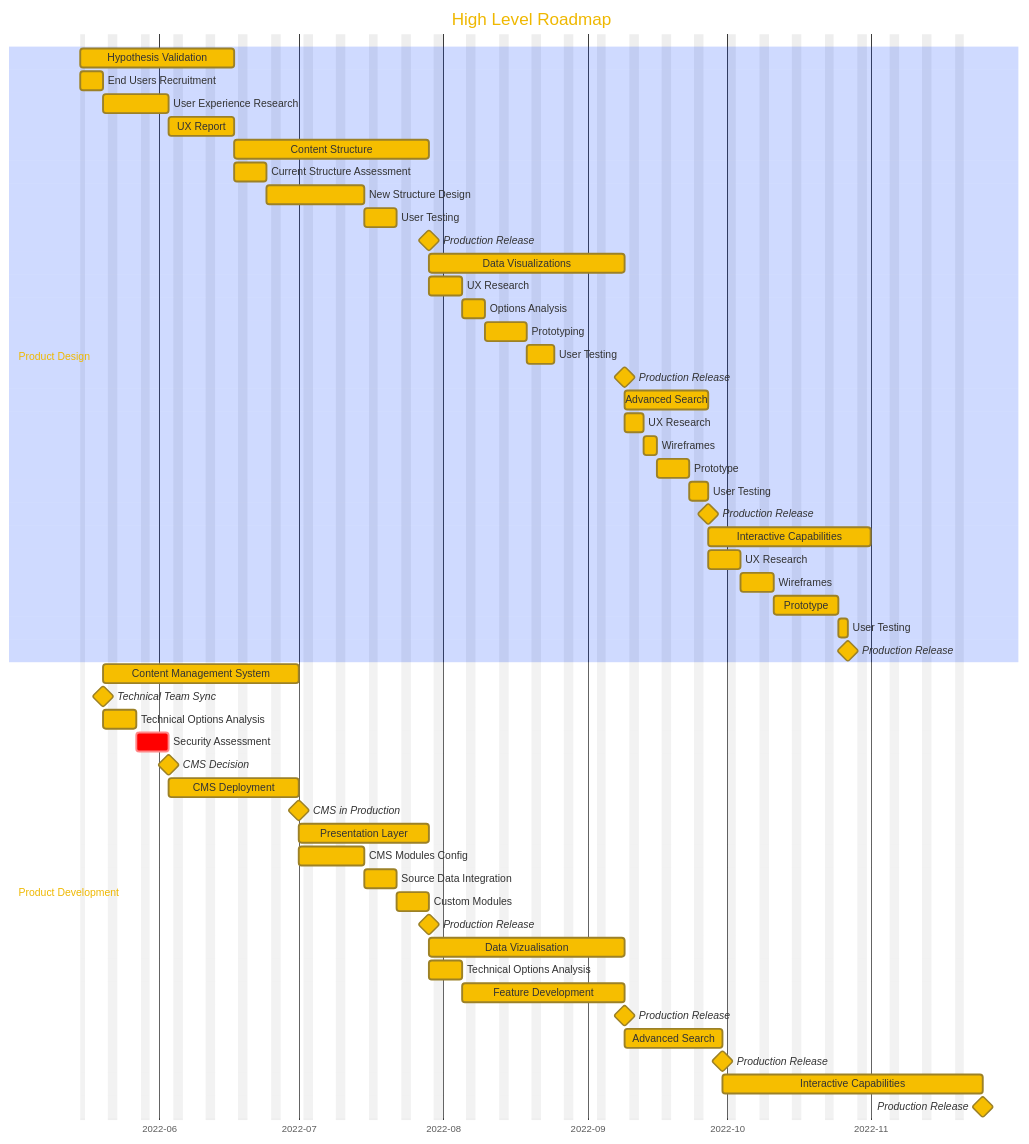
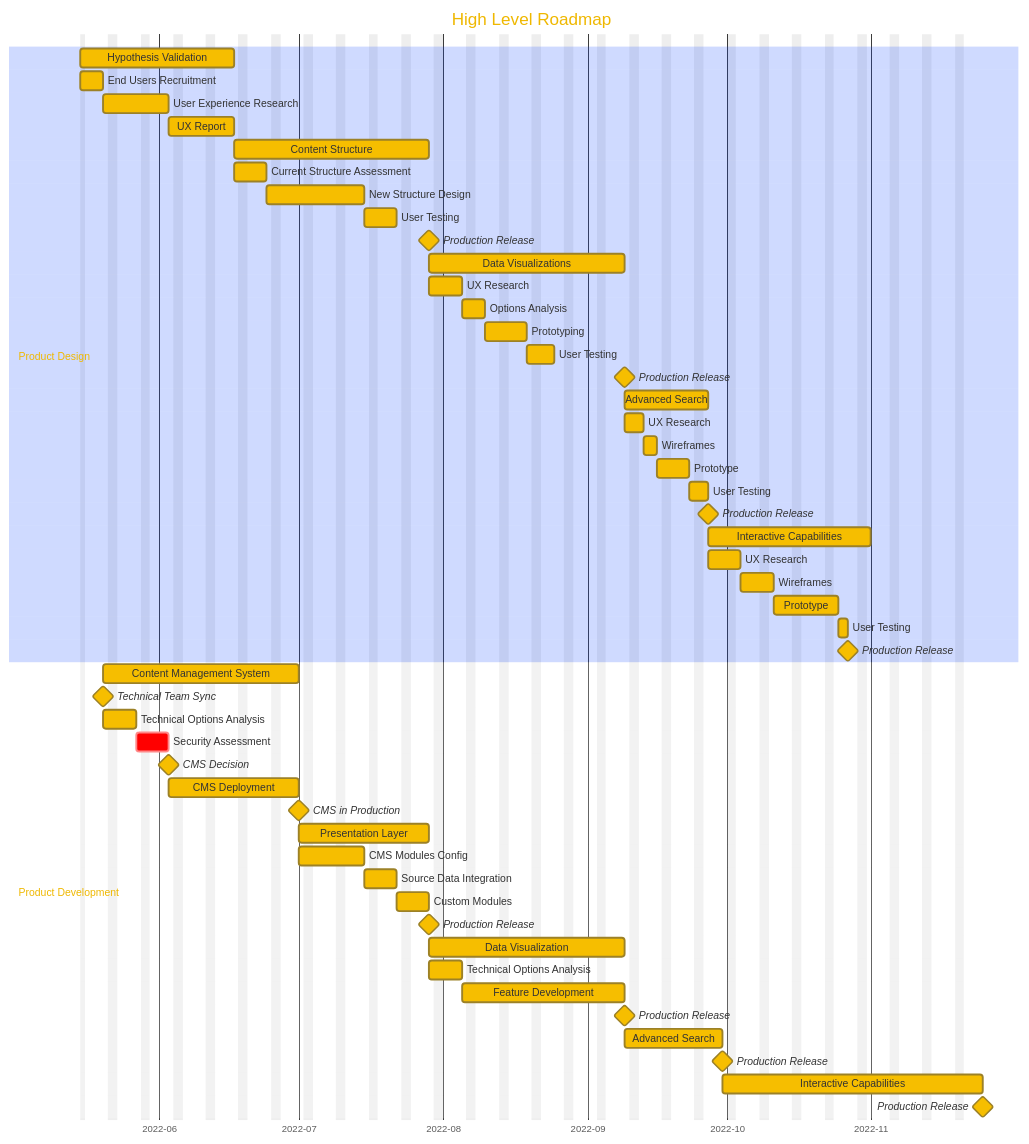
The diagram in base-product-roadmap.md (cds-snc/consultation-references), drawn with Mermaid before and after one commit. The commit also changed other lines of this file, not shown here.

````diff
--- a/base-product-roadmap.md
+++ b/base-product-roadmap.md
@@ -17,71 +17,71 @@
 ```mermaid
-%%{init: {'theme': 'base', 'themeVariables': { 'primaryColor': '#F6BE00' }, 'themeCSS': ".taskText { font-size:13px; font-weight: bold} .taskTextOutsideRight { font-size:13px; fill: #F6BE00; text-shadow: 1px 1px 1px black; font-weight: bold;} .taskTextOutsideLeft { font-size:13px; fill: #F6BE00; text-shadow: 0.5px 0.5px 0.5px black; font-weight: bold;} .section {opacity:0.05} "}}%%
+%%{init: {"theme": "base", "themeVariables": { "primaryColor": "#F6BE00" }, "themeCSS": ".taskText { font-size:13px; font-weight: bold} .taskTextOutsideRight { font-size:13px; fill: #F6BE00; text-shadow: 1px 1px 1px black; font-weight: bold;} .taskTextOutsideLeft { font-size:13px; fill: #F6BE00; text-shadow: 0.5px 0.5px 0.5px black; font-weight: bold;} .section {opacity:0.05} "}}%%
 gantt
     title High Level Roadmap
     dateFormat  YYYY-MM-DD
     axisFormat  %Y-%m
     excludes    weekends
 
     section Product Design
 
     Hypothesis Validation               :  des1, 2022-05-15, 25d
     End Users Recruitment               :2022-05-15, 5d
     User Experience Research            :10d
     UX Report                           :10d
 
     Content Structure                   : des2, after des1,  30d
     Current Structure Assessment        :des2a, after des1, 5d
     New Structure Design                :15d
     User Testing                        :5d
     Production Release                  :milestone, mil1, after des2, 0d
     
     Data Visualizations             : des3, after mil1, 30d
     UX Research                     :after mil1, 5d
     Options Analysis                :3d
     Prototyping                     :7d
     User Testing                    :4d
     Production Release              :milestone, mil2, after des3, 0d
     
     Advanced Search                 : des4, after des3, 12d
     UX Research                     :after des3, 2d
     Wireframes                      :3d
     Prototype                       :5d
     User Testing                    :2d
     Production Release              :milestone, 0d
 
     Interactive Capabilities            : des5, after des4, 25d
     UX Research                         :after des4, 5d
     Wireframes                          :5d
     Prototype                           :10d
     User Testing                        :2d
     Production Release                  :milestone, 0d
 
 
     section Product Development
 
     Content Management System : dev1, 2022-05-20, 30d
     Technical Team Sync: milestone, 2022-05-20, 0d
     Technical Options Analysis :2022-05-20, 5d
     Security Assessment          :crit,  5d
     CMS Decision: milestone, 0d
     CMS Deployment      : 20d
     CMS in Production: milestone, 0d
     
     Presentation Layer              : dev2, after dev1, 20d
     CMS Modules Config              :after dev1, 10d
     Source Data Integration         :5d
     Custom Modules                  :5d
     Production Release              :milestone, 0d
 
-    Data Vizualisation              : dev3, after dev2, 30d
+    Data Visualization              : dev3, after dev2, 30d
     Technical Options Analysis      :after dev2, 5d
     Feature Development             :25d
     Production Release              :milestone, 0d
 
     Advanced Search                 : dev4, after dev3, 15d
     Production Release              : milestone, 0d
 
     Interactive Capabilities        : dev5, after dev4, 40d
     Production Release              : milestone, 0d
     
 ```
````
